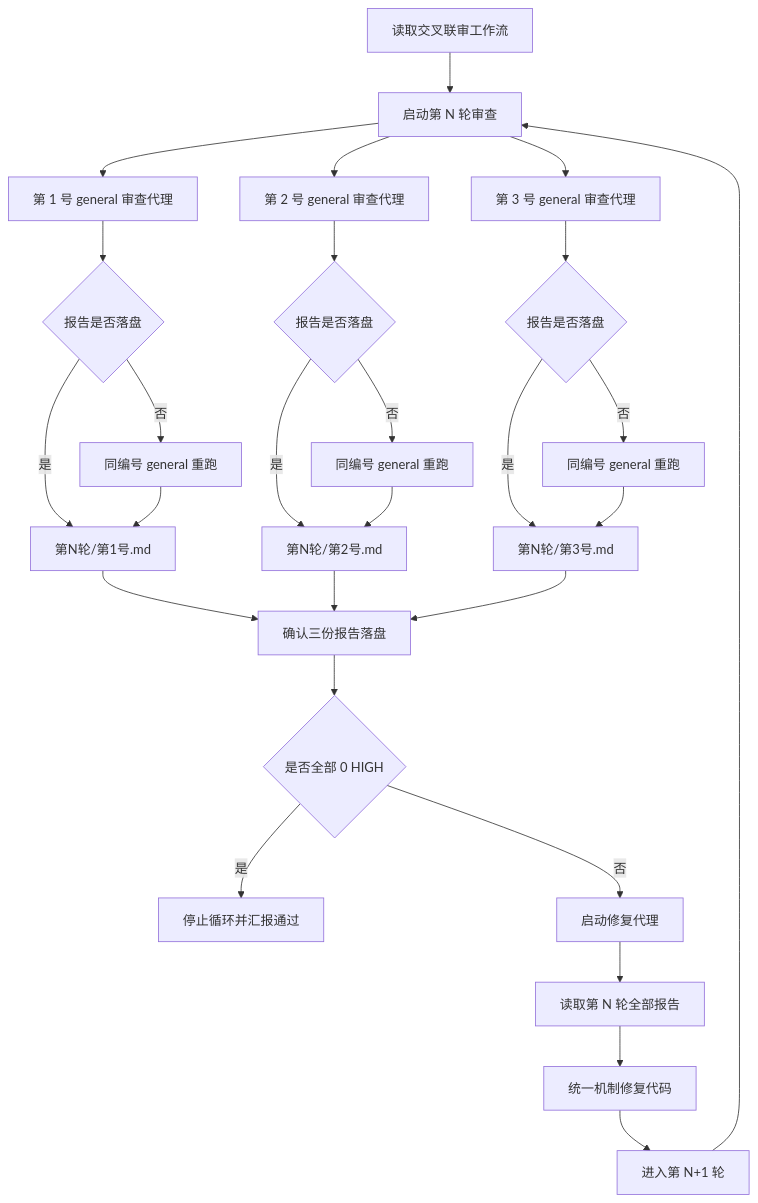
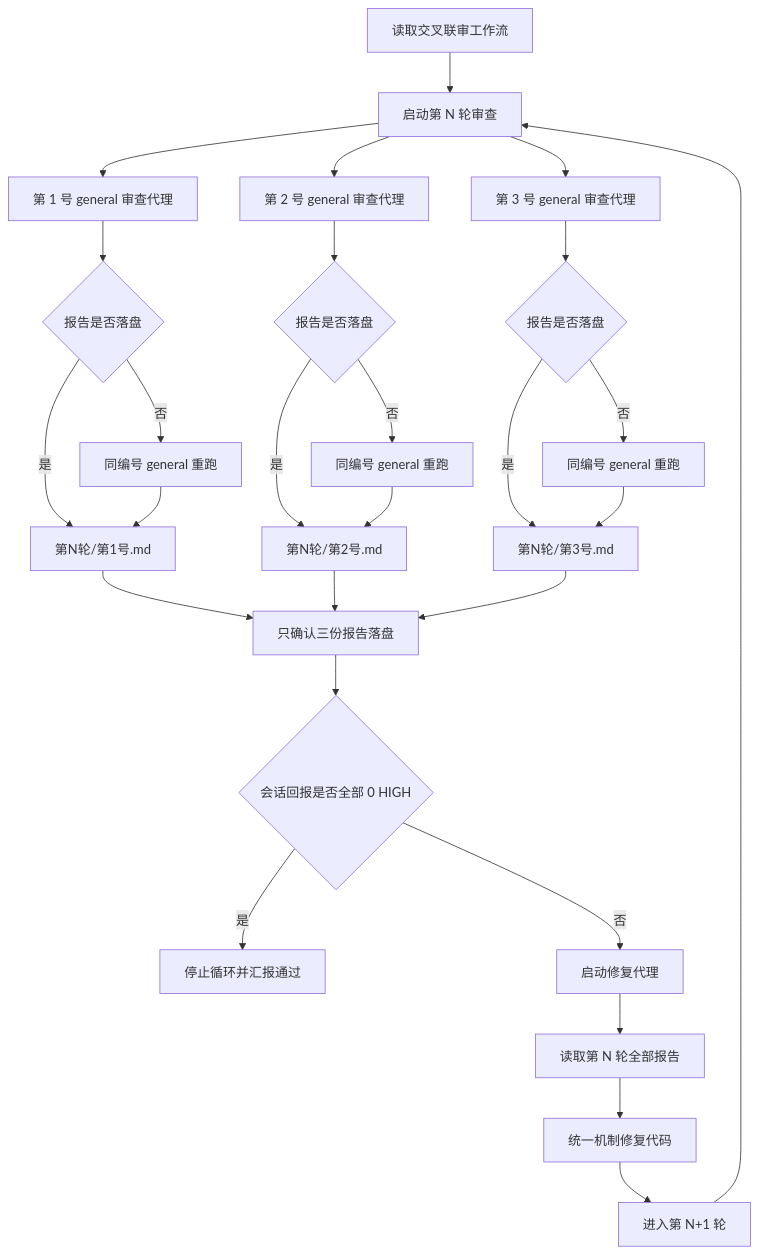
Before and after one commit to noelle-silva/eucli-box: the diagram in 交叉联审工作流.md, drawn with Mermaid. The commit also changed other lines of this file and 1 other file, not shown here.

````diff
--- a/交叉联审工作流.md
+++ b/交叉联审工作流.md
@@ -198,29 +203,29 @@
 ```mermaid
 flowchart TD
     A[读取交叉联审工作流] --> B[启动第 N 轮审查]
     B --> C1[第 1 号 general 审查代理]
     B --> C2[第 2 号 general 审查代理]
     B --> C3[第 3 号 general 审查代理]
     C1 --> X1{报告是否落盘}
     C2 --> X2{报告是否落盘}
     C3 --> X3{报告是否落盘}
     X1 -- 否 --> Y1[同编号 general 重跑]
     X2 -- 否 --> Y2[同编号 general 重跑]
     X3 -- 否 --> Y3[同编号 general 重跑]
     X1 -- 是 --> D1[第N轮/第1号.md]
     X2 -- 是 --> D2[第N轮/第2号.md]
     X3 -- 是 --> D3[第N轮/第3号.md]
     Y1 --> D1
     Y2 --> D2
     Y3 --> D3
-    D1 --> E[确认三份报告落盘]
+    D1 --> E[只确认三份报告落盘]
     D2 --> E
     D3 --> E
-    E --> F{是否全部 0 HIGH}
+    E --> F{会话回报是否全部 0 HIGH}
     F -- 是 --> G[停止循环并汇报通过]
     F -- 否 --> H[启动修复代理]
     H --> I[读取第 N 轮全部报告]
     I --> J[统一机制修复代码]
     J --> K[进入第 N+1 轮]
     K --> B
 ```
````
